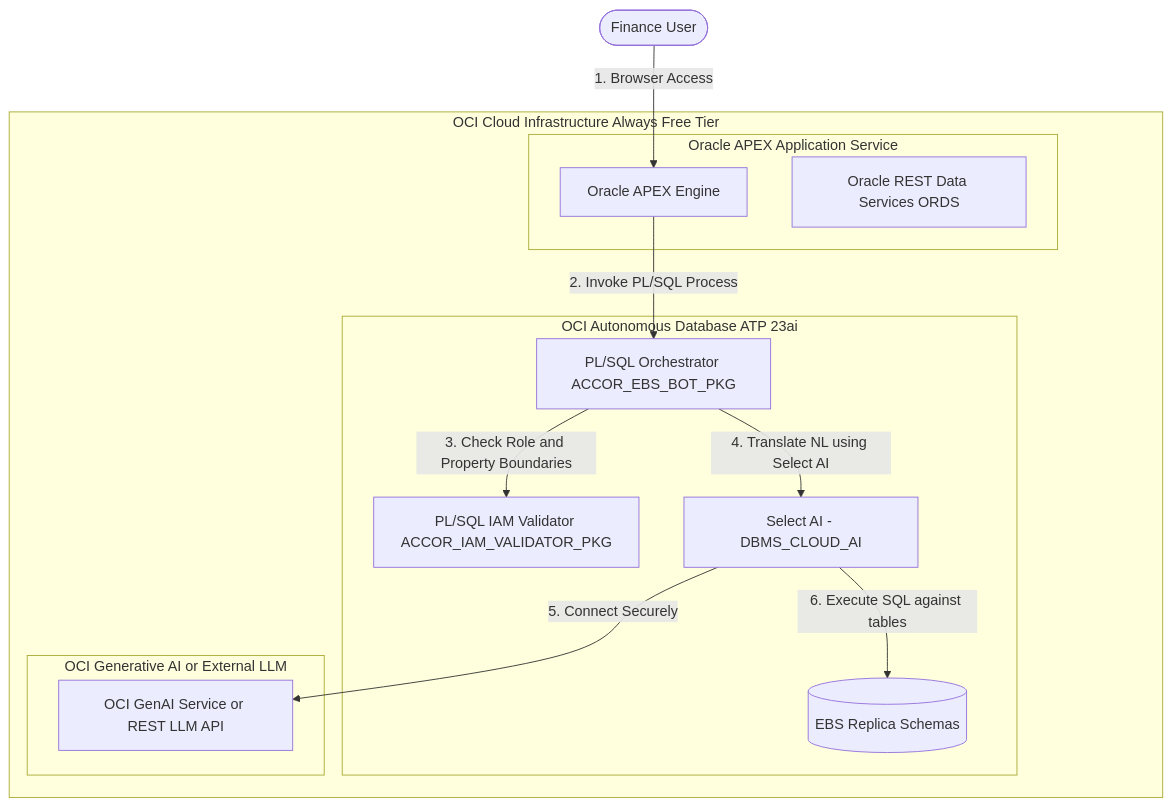
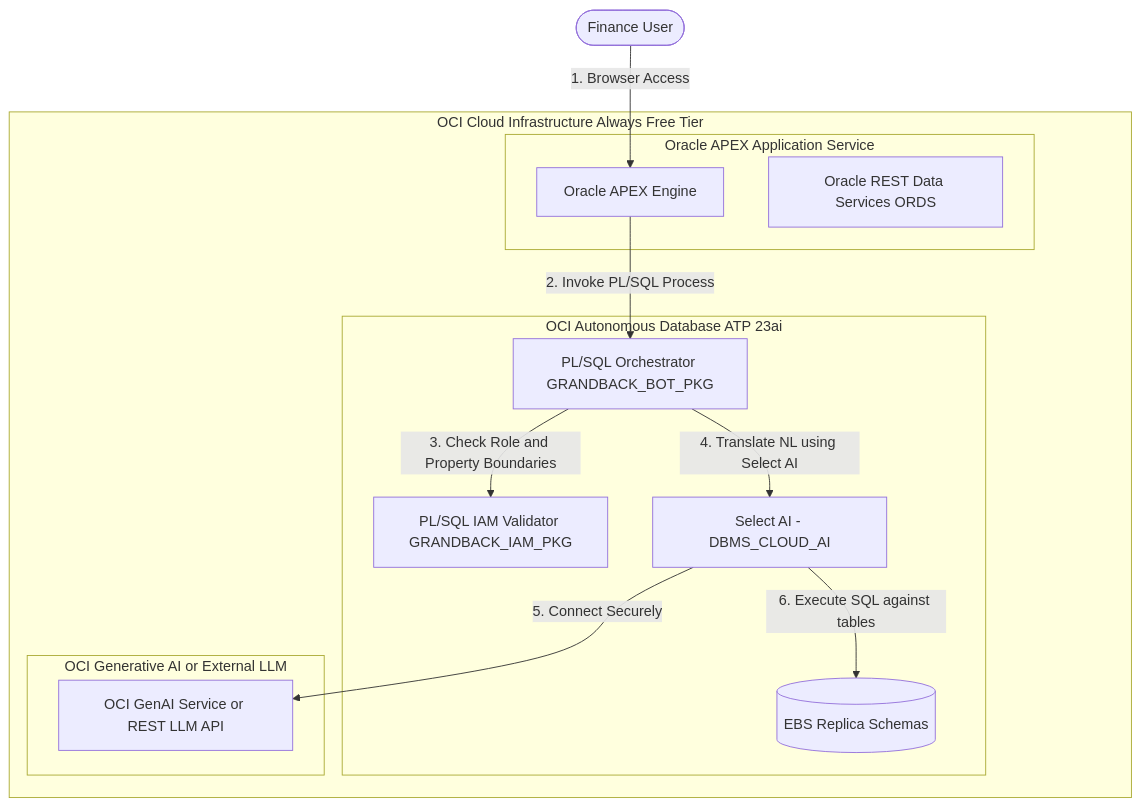
Before and after one commit to maniltns/ojas-apex-varient: the second of 3 diagrams in implementation_plan.md, drawn with Mermaid. The commit also changed other lines of this file and 45 other files, not shown here.

Commit message:
feat: initialize Grandback EBS bot application and refactor schema to follow naming conventions

````diff
--- a/implementation_plan.md
+++ b/implementation_plan.md
@@ -28,27 +35,27 @@
 ```mermaid
 graph TD
     subgraph "OCI Cloud Infrastructure Always Free Tier"
         subgraph "Oracle APEX Application Service"
             APEX["Oracle APEX Engine"]
             ORDS["Oracle REST Data Services ORDS"]
         end
         
         subgraph "OCI Autonomous Database ATP 23ai"
             EBS_Rep[("EBS Replica Schemas")]
-            Bot_Pkg["PL/SQL Orchestrator ACCOR_EBS_BOT_PKG"]
-            Security_Pkg["PL/SQL IAM Validator ACCOR_IAM_VALIDATOR_PKG"]
+            Bot_Pkg["PL/SQL Orchestrator GRANDBACK_BOT_PKG"]
+            Security_Pkg["PL/SQL IAM Validator GRANDBACK_IAM_PKG"]
             Select_AI["Select AI - DBMS_CLOUD_AI"]
         end
         
         subgraph "OCI Generative AI or External LLM"
             LLM["OCI GenAI Service or REST LLM API"]
         end
     end
     
     User([Finance User]) -->|1. Browser Access| APEX
     APEX -->|2. Invoke PL/SQL Process| Bot_Pkg
     Bot_Pkg -->|3. Check Role and Property Boundaries| Security_Pkg
     Bot_Pkg -->|4. Translate NL using Select AI| Select_AI
     Select_AI -->|5. Connect Securely| LLM
     Select_AI -->|6. Execute SQL against tables| EBS_Rep
 ```
````
